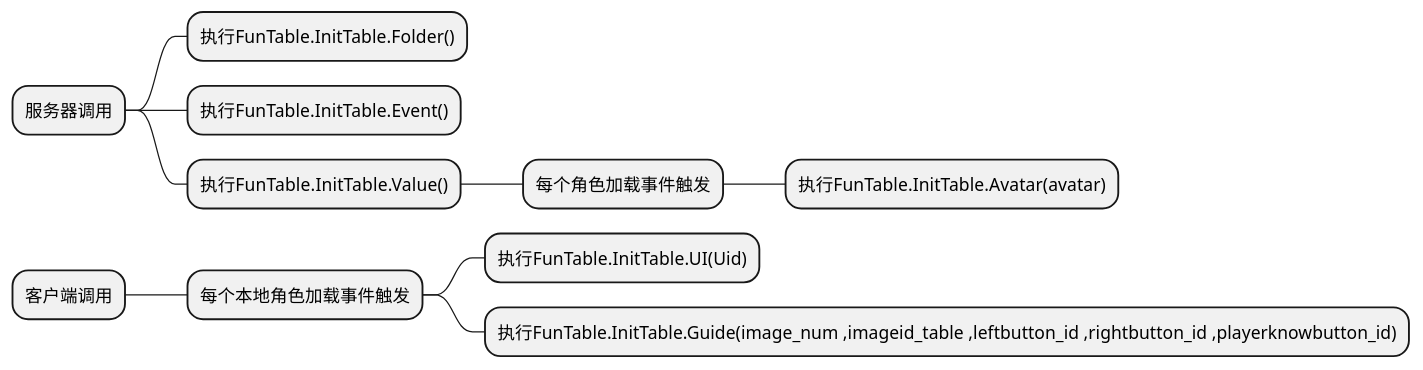
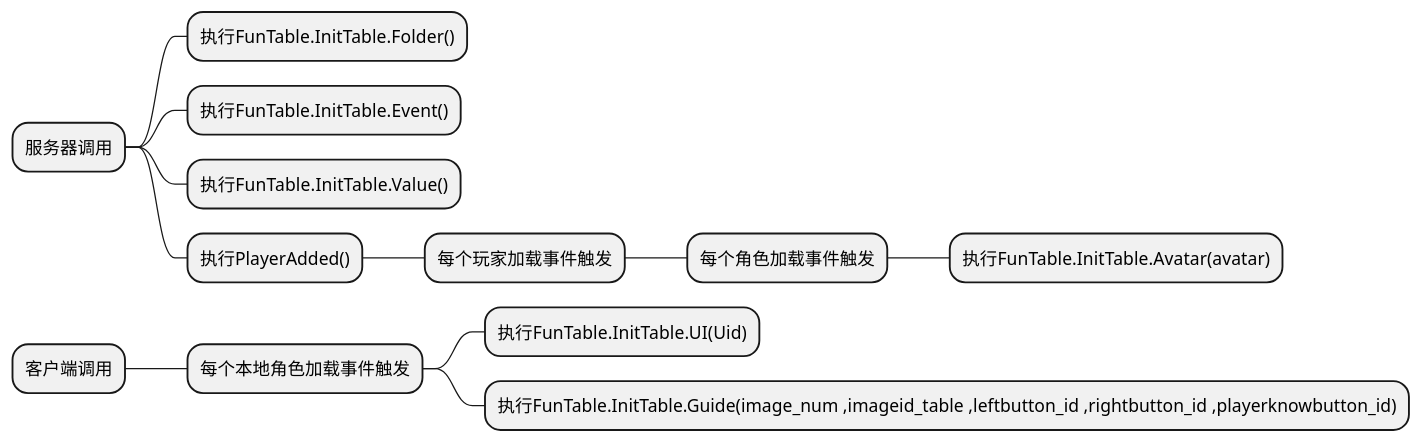
One commit to myrainbowcolor/Rworlder changed the diagram in docs/ReWorld编程模板目录/模板/功能系统/Player_guide.md. Above: the diagram before and after it, drawn with PlantUML. The commit also changed other lines of this file and 5 other files, not shown here.

````diff
--- a/docs/ReWorld编程模板目录/模板/功能系统/Player_guide.md
+++ b/docs/ReWorld编程模板目录/模板/功能系统/Player_guide.md
@@ -4,15 +4,17 @@
 ```plantuml
 @startmindmap
 * 服务器调用
 ** 执行FunTable.InitTable.Folder()
 ** 执行FunTable.InitTable.Event()
 ** 执行FunTable.InitTable.Value()
-*** 每个角色加载事件触发
-**** 执行FunTable.InitTable.Avatar(avatar)
+** 执行PlayerAdded()
+*** 每个玩家加载事件触发
+**** 每个角色加载事件触发
+***** 执行FunTable.InitTable.Avatar(avatar)
 
 * 客户端调用
 ** 每个本地角色加载事件触发
 *** 执行FunTable.InitTable.UI(Uid)
 *** 执行FunTable.InitTable.Guide(image_num ,imageid_table ,leftbutton_id ,rightbutton_id ,playerknowbutton_id)
 @endmindmap
 ```
````
